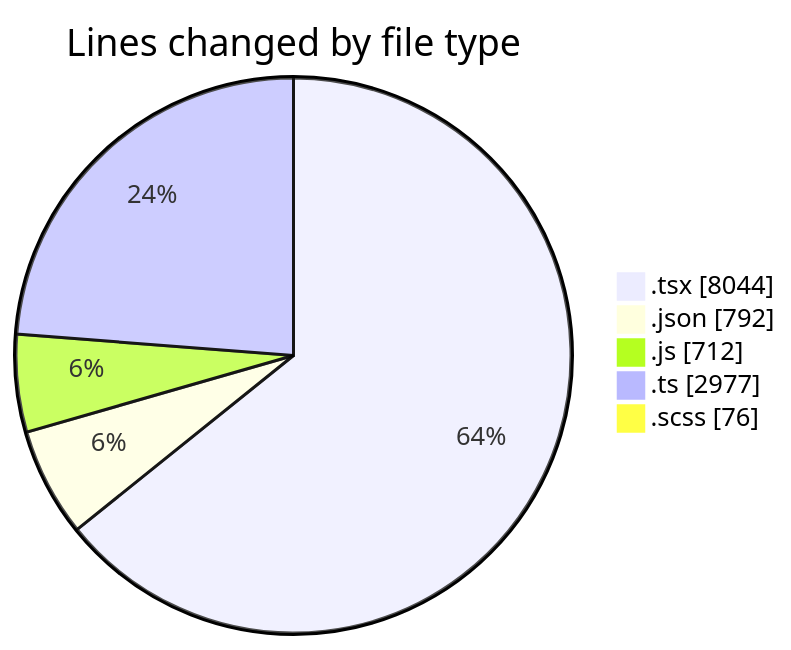
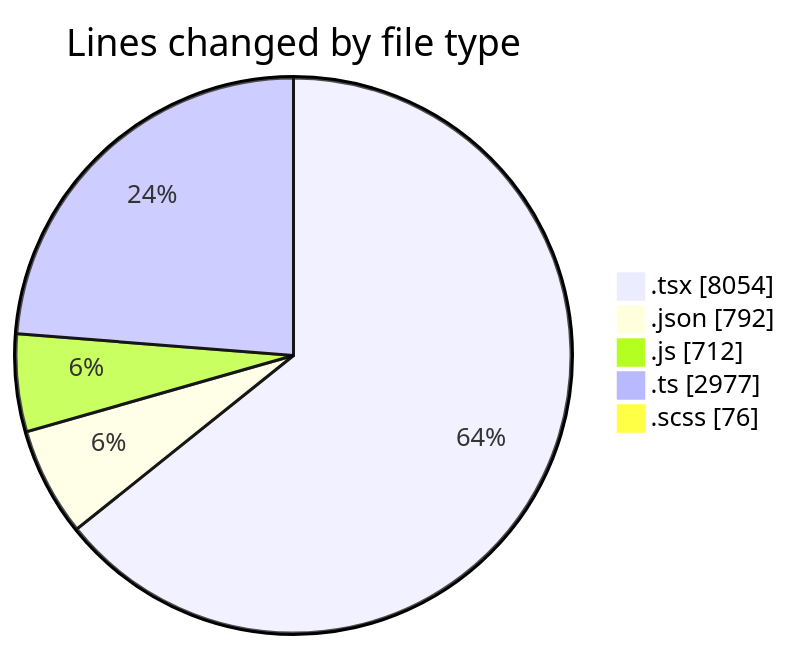
One commit to momahboobian/code-tracking changed the first of 2 diagrams in 2026-08-07/cda/README.md. Above: the diagram before and after it, drawn with Mermaid. The commit also changed other lines of this file and 1 other file, not shown here.

````diff
--- a/2026-08-07/cda/README.md
+++ b/2026-08-07/cda/README.md
@@ -35,9 +35,9 @@
 ```mermaid
 pie showData
 title Lines changed by file type
-".tsx" : 8044
+".tsx" : 8054
 ".json" : 792
 ".js" : 712
 ".ts" : 2977
 ".scss" : 76
 ```
````
